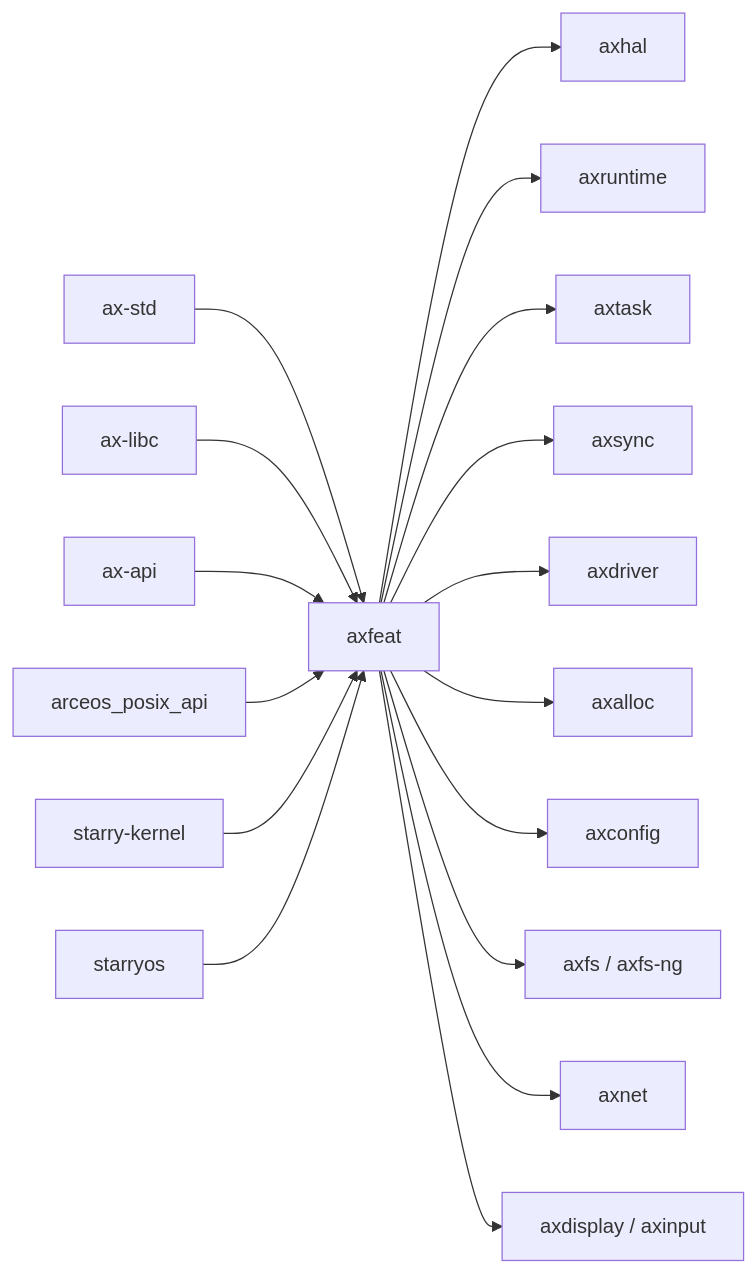
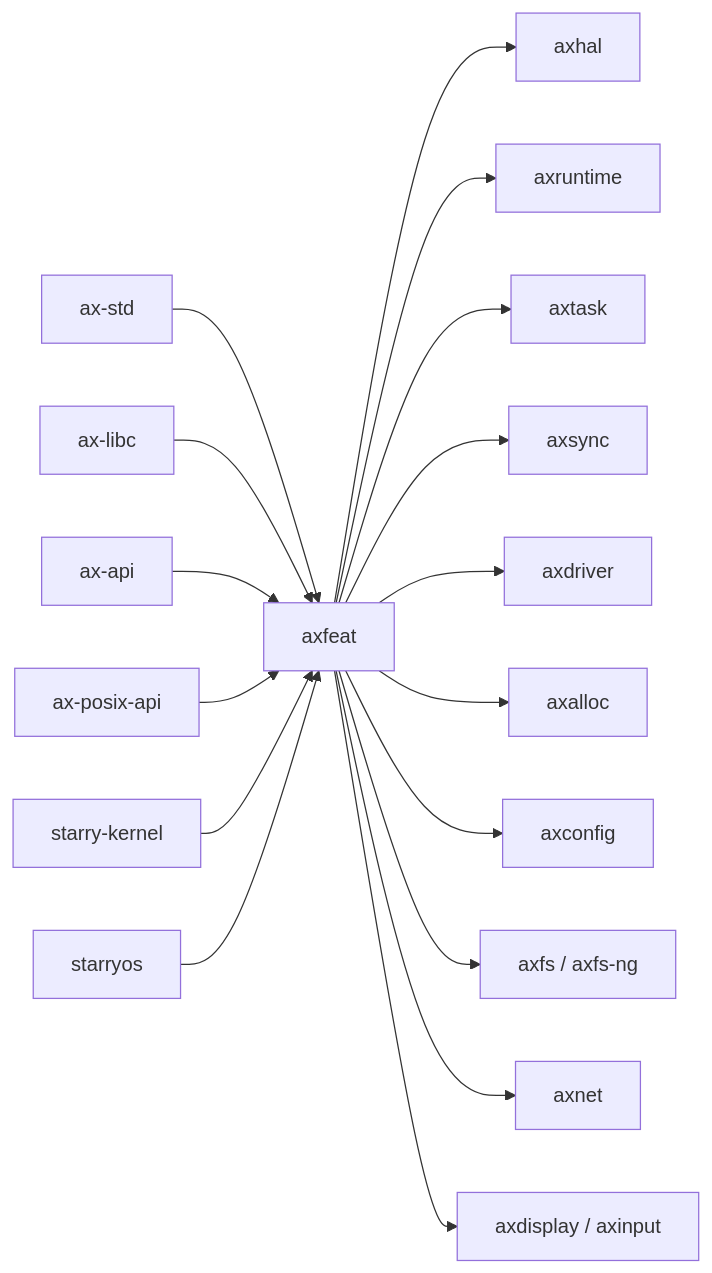
The second of 2 diagrams in docs/crates/axfeat.md (zKurisu/tgoskits), drawn with Mermaid before and after one commit. The commit also changed other lines of this file and 39 other files, not shown here.

Commit message:
rename arceos_posix_api to ax-posix-api

````diff
--- a/docs/crates/axfeat.md
+++ b/docs/crates/axfeat.md
@@ -95,20 +95,20 @@
 ```mermaid
 graph LR
     ax-std["ax-std"] --> axfeat["axfeat"]
     ax-libc["ax-libc"] --> axfeat
     ax-api["ax-api"] --> axfeat
-    posix["arceos_posix_api"] --> axfeat
+    posix["ax-posix-api"] --> axfeat
     starry_kernel["starry-kernel"] --> axfeat
     starryos["starryos"] --> axfeat
 
     axfeat --> axhal["axhal"]
     axfeat --> axruntime["axruntime"]
     axfeat --> axtask["axtask"]
     axfeat --> axsync["axsync"]
     axfeat --> axdriver["axdriver"]
     axfeat --> axalloc["axalloc"]
     axfeat --> axconfig["axconfig"]
     axfeat --> axfs["axfs / axfs-ng"]
     axfeat --> axnet["axnet"]
     axfeat --> axdisplay["axdisplay / axinput"]
 ```
````
